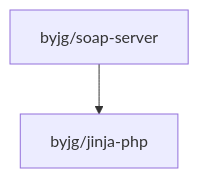
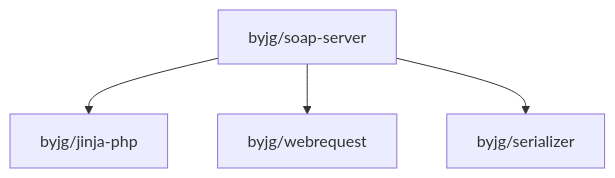
One commit to byjg/php-soap-server changed the diagram in README.md. Above: the diagram before and after it, drawn with Mermaid. The commit also changed 1 other file, not shown here.

Commit message:
Add `ext-simplexml` as a development dependency and update dependency flowchart in README
- Included `ext-simplexml` in `require-dev` of `composer.json` for enhanced XML parsing capabilities during development.
- Updated README flowchart to include `byjg/webrequest` and `byjg/serializer` dependencies.

````diff
--- a/README.md
+++ b/README.md
@@ -141,4 +141,6 @@
 ```mermaid
 flowchart TD
     byjg/soap-server --> byjg/jinja-php
+    byjg/soap-server --> byjg/webrequest
+    byjg/soap-server --> byjg/serializer
 ```
````
